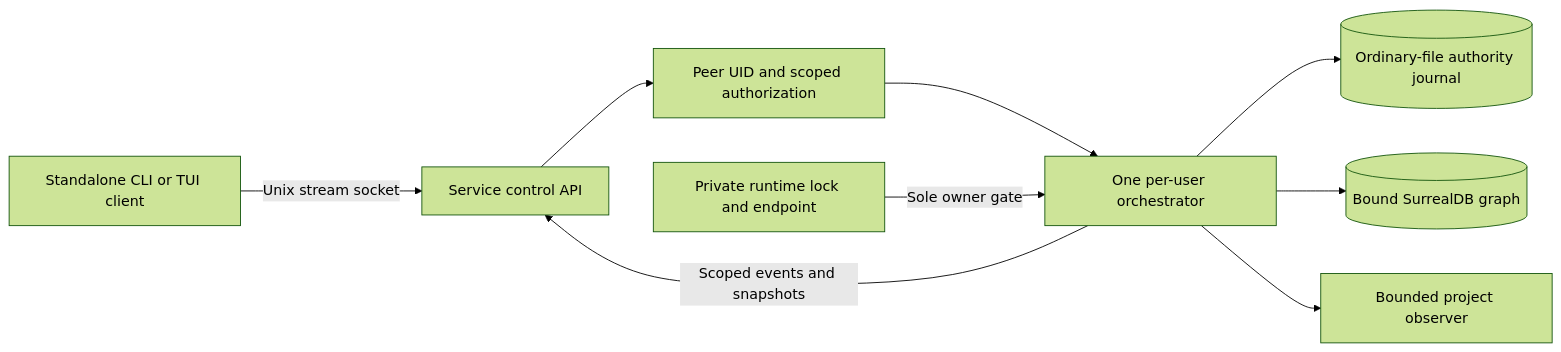
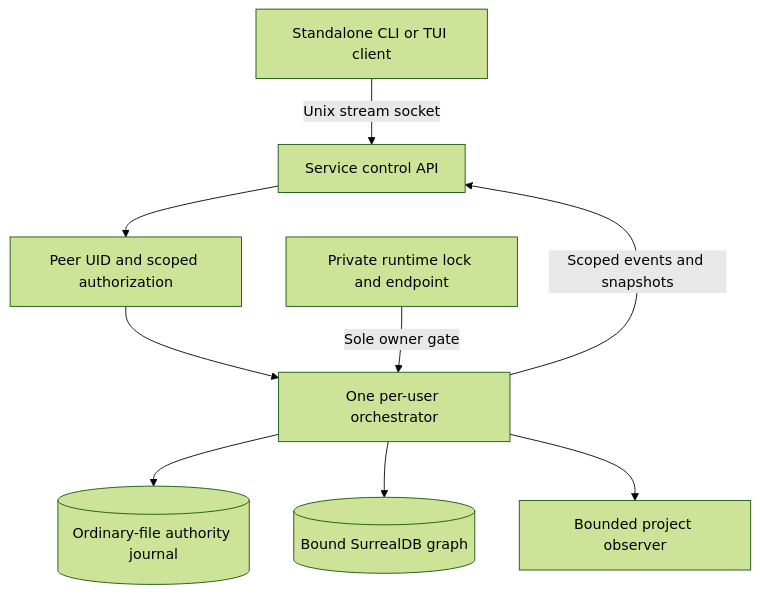
The first of 5 diagrams in docs/designs/system-architecture.md (pidster/asura), drawn with Mermaid (forest theme) before and after one commit. The commit also changed other lines of this file and 246 other files, not shown here.

````diff
--- a/docs/designs/system-architecture.md
+++ b/docs/designs/system-architecture.md
@@ -58,11 +65,11 @@
 ```mermaid
-flowchart LR
+flowchart TB
     CLI["Standalone CLI or TUI client"] -->|Unix stream socket| API["Service control API"]
     API --> Auth["Peer UID and scoped authorization"]
     Auth --> Orch["One per-user orchestrator"]
     Orch --> Journal[("Ordinary-file authority journal")]
     Orch --> Graph[("Bound SurrealDB graph")]
     Orch --> Observe["Bounded project observer"]
     Guard["Private runtime lock and endpoint"] -->|Sole owner gate| Orch
     Orch -->|Scoped events and snapshots| API
 ```
````
